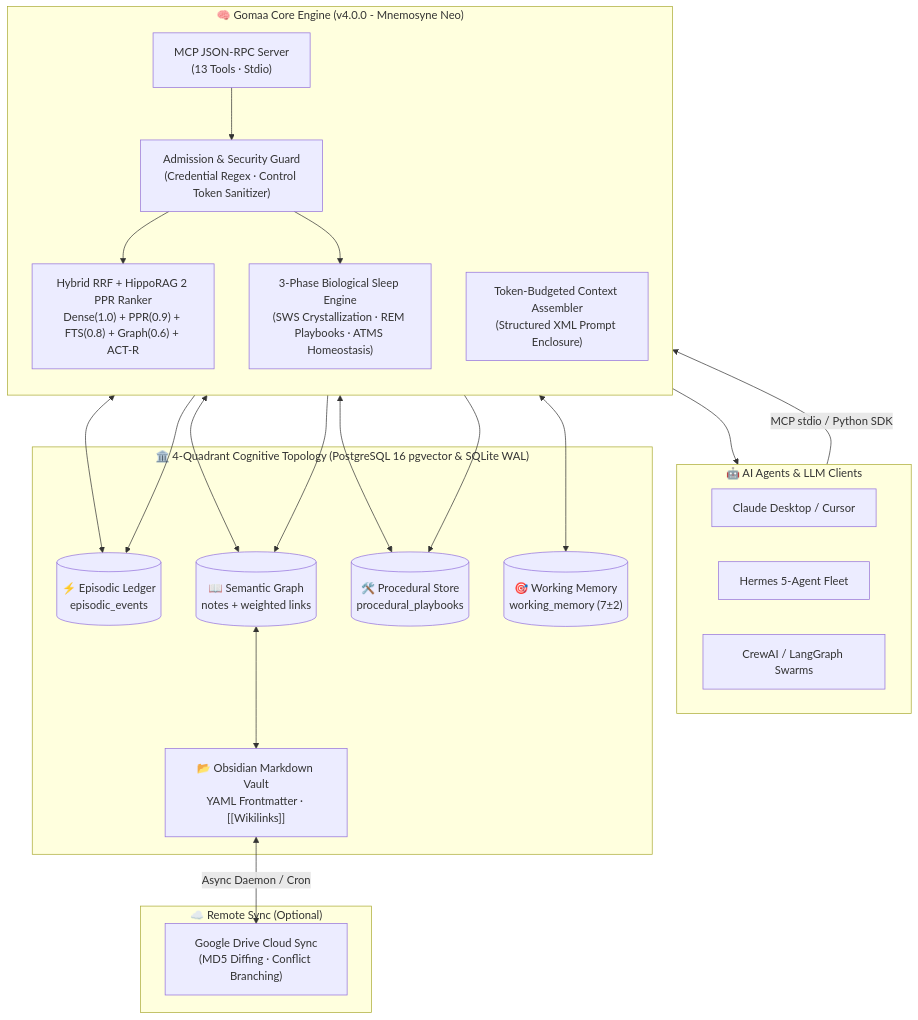
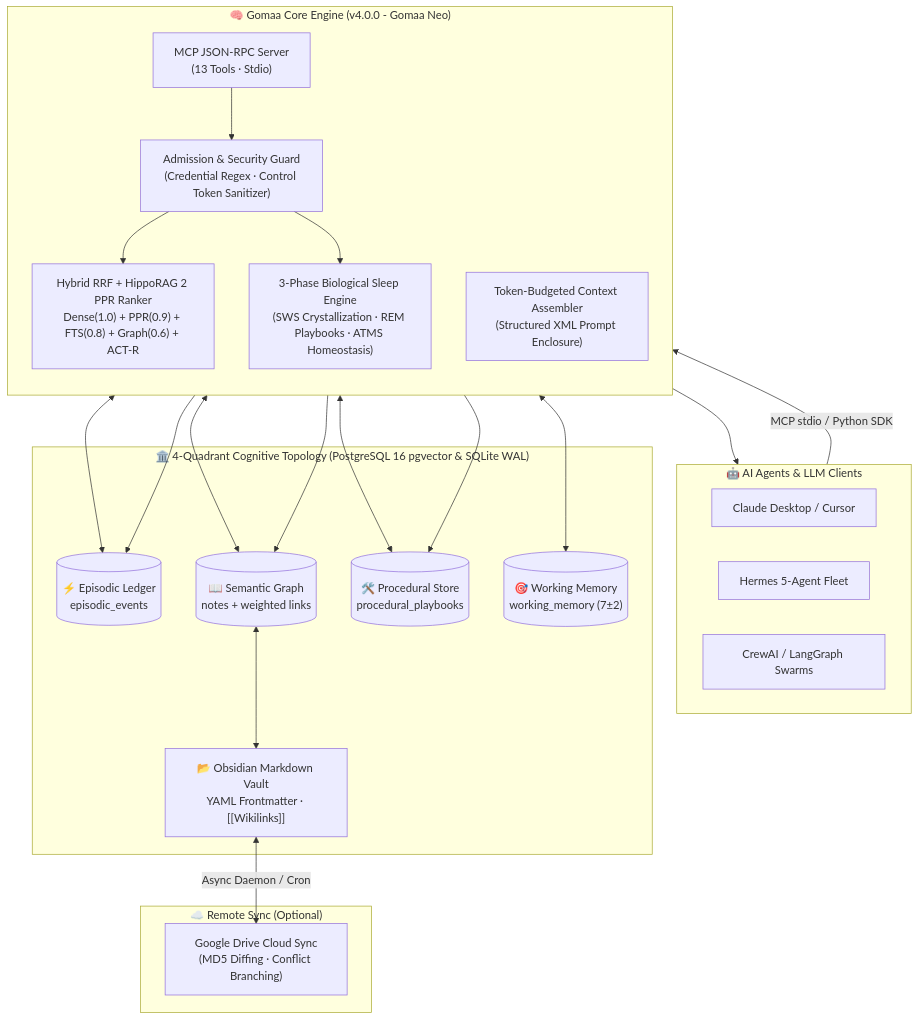
Before and after one commit to M4F-S/gomaa: the diagram in README.md, drawn with Mermaid. The commit also changed other lines of this file and 70 other files, not shown here.

Commit message:
refactor(gomaa): remove legacy mnemosyne package/aliases and rename all references to Gomaa

````diff
--- a/README.md
+++ b/README.md
@@ -191,44 +191,44 @@
 ```mermaid
 flowchart TD
     subgraph Clients["🤖 AI Agents & LLM Clients"]
         Claude["Claude Desktop / Cursor"]
         Hermes["Hermes 5-Agent Fleet"]
         Swarm["CrewAI / LangGraph Swarms"]
     end
 
-    subgraph Core["🧠 Gomaa Core Engine (v4.0.0 - Mnemosyne Neo)"]
+    subgraph Core["🧠 Gomaa Core Engine (v4.0.0 - Gomaa Neo)"]
         direction TB
         MCP["MCP JSON-RPC Server\n(13 Tools · Stdio)"]
         Security["Admission & Security Guard\n(Credential Regex · Control Token Sanitizer)"]
         RRF["Hybrid RRF + HippoRAG 2 PPR Ranker\nDense(1.0) + PPR(0.9) + FTS(0.8) + Graph(0.6) + ACT-R"]
         Sleep["3-Phase Biological Sleep Engine\n(SWS Crystallization · REM Playbooks · ATMS Homeostasis)"]
         Assembler["Token-Budgeted Context Assembler\n(Structured XML Prompt Enclosure)"]
     end
 
     subgraph Quadrants["🏛️ 4-Quadrant Cognitive Topology (PostgreSQL 16 pgvector & SQLite WAL)"]
         Episodic[("⚡ Episodic Ledger\nepisodic_events")]
         Semantic[("📖 Semantic Graph\nnotes + weighted links")]
         Procedural[("🛠️ Procedural Store\nprocedural_playbooks")]
         Working[("🎯 Working Memory\nworking_memory (7±2)")]
         Vault["📂 Obsidian Markdown Vault\nYAML Frontmatter · [[Wikilinks]]"]
     end
 
     subgraph Cloud["☁️ Remote Sync (Optional)"]
         GDrive["Google Drive Cloud Sync\n(MD5 Diffing · Conflict Branching)"]
     end
 
     Clients -->|MCP stdio / Python SDK| MCP
     MCP --> Security
     Security --> RRF
     Security --> Sleep
     RRF <--> Episodic
     RRF <--> Semantic
     RRF <--> Procedural
     RRF <--> Working
     Semantic <--> Vault
     Sleep --> Episodic
     Sleep --> Semantic
     Sleep --> Procedural
     Assembler --> Clients
     Vault <-->|Async Daemon / Cron| GDrive
 ```
````
